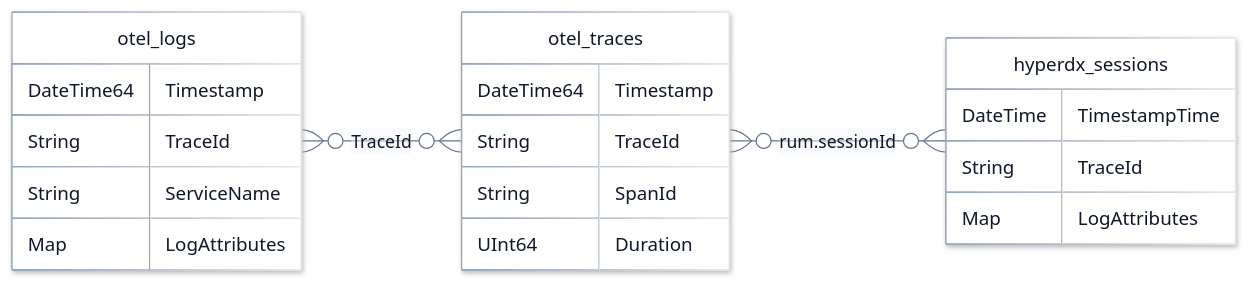
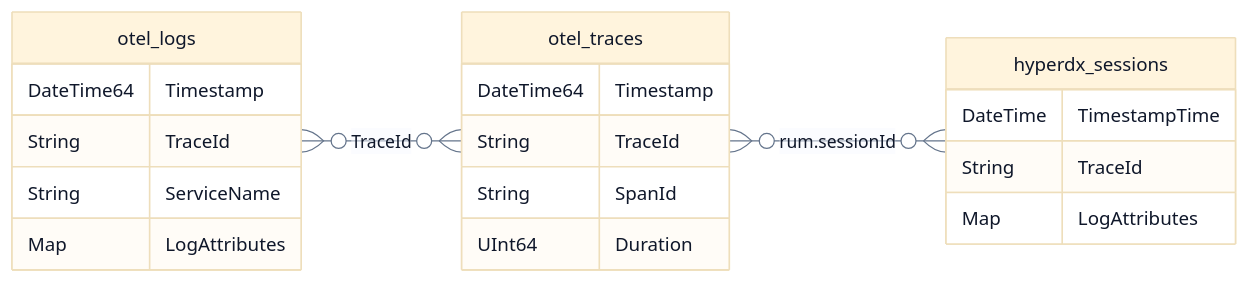
Before and after one commit to hyperi-io/dfe-hyperdx: the second of 2 diagrams in docs/architecture/clickhouse-data-model.md, drawn with Mermaid. The commit also changed 5 other files, not shown here.

First line of the commit message:
fix(docs): make six diagrams pass the check

````diff
--- a/docs/architecture/clickhouse-data-model.md
+++ b/docs/architecture/clickhouse-data-model.md
@@ -124,63 +124,45 @@
 ```mermaid
 ---
 config:
   theme: base
-  look: neo
   fontFamily: Inter, -apple-system, Segoe UI, Roboto, Helvetica, Arial, sans-serif
   themeVariables:
     fontSize: 15px
     lineColor: "#64748B"
     primaryTextColor: "#0F172A"
-    primaryColor: "#FFFFFF"
-    primaryBorderColor: "#94A3B8"
-    tertiaryColor: "#F4F6F8"
-    edgeLabelBackground: "#FFFFFF"
     actorBkg: "#FFFFFF"
     actorBorder: "#94A3B8"
     actorTextColor: "#0F172A"
-    actorLineColor: "#94A3B8"
+    actorLineColor: "#64748B"
     signalColor: "#64748B"
     signalTextColor: "#0F172A"
-    sequenceNumberColor: "#FFFFFF"
     noteBkgColor: "#FFFFFF"
     noteBorderColor: "#94A3B8"
     noteTextColor: "#0F172A"
-    labelBoxBkgColor: "#FFFFFF"
-    labelBoxBorderColor: "#94A3B8"
-    labelTextColor: "#0F172A"
-    loopTextColor: "#0F172A"
   themeCSS: >-
-    p{margin:0}
-    .labelBkg{background:transparent!important}
-    span.edgeLabel{display:inline-block;background:#FFFFFF!important;color:#1E293B;border:1px solid #94A3B8;border-radius:999px;padding:2px 10px;font-size:12px;font-weight:500}
-    span.edgeLabel p{background:transparent!important}
-    .messageText{fill:#0F172A;stroke:#FFFFFF;stroke-width:4px;paint-order:stroke;stroke-linejoin:round}
-    .loopText,.loopText tspan{fill:#0F172A;stroke:#FFFFFF;stroke-width:4px;paint-order:stroke;stroke-linejoin:round}
-    .loopLine{stroke:#64748B}
-    .actor{rx:10px;ry:10px;filter:drop-shadow(0 1px 2px rgba(15,23,42,.10)) drop-shadow(0 6px 14px rgba(15,23,42,.10))}
-    .actor-line{stroke-dasharray:4 4}
+    .messageText{paint-order:stroke;stroke:#FFFFFF;stroke-width:3px;stroke-linejoin:round}
 ---
 erDiagram
   direction LR
   accTitle: L4 Detail -- Upstream telemetry tables
   accDescr: otel_logs and otel_traces share TraceId, and otel_traces links to hyperdx_sessions through the rum.sessionId attribute.
   otel_logs {
     DateTime64 Timestamp
     String TraceId
     String ServiceName
     Map LogAttributes
   }
   otel_traces {
     DateTime64 Timestamp
     String TraceId
     String SpanId
     UInt64 Duration
   }
   hyperdx_sessions {
     DateTime TimestampTime
     String TraceId
     Map LogAttributes
   }
   otel_logs }o--o{ otel_traces : "TraceId"
   otel_traces }o--o{ hyperdx_sessions : "rum.sessionId"
 ```
````
